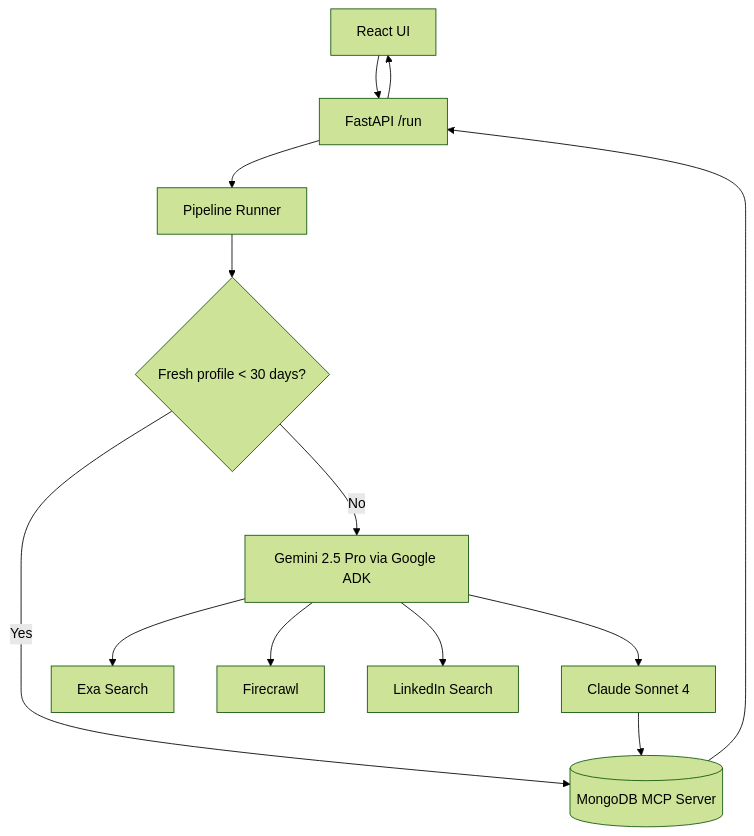
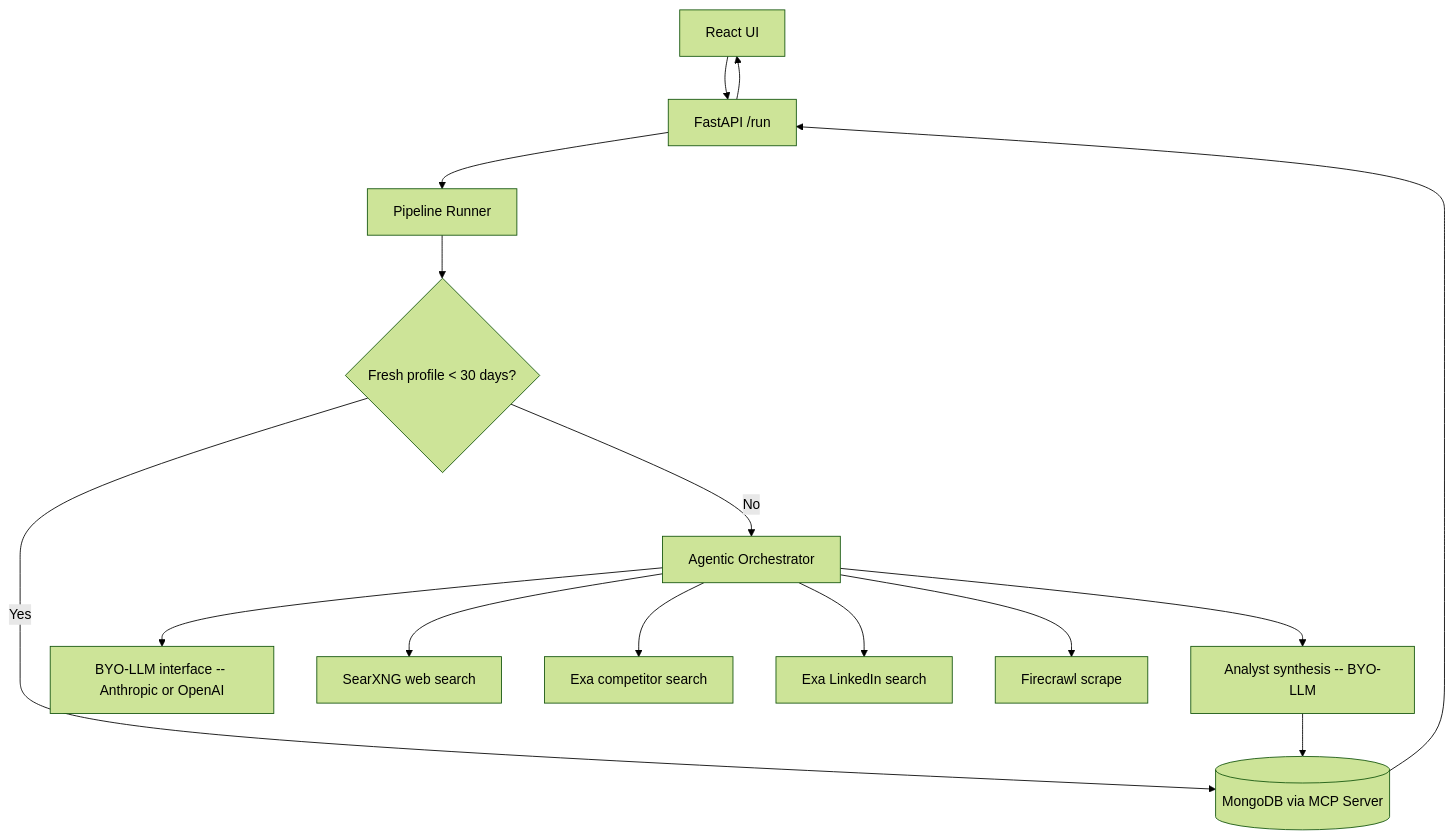
Before and after one commit to sanjayy0612/Intel-box: the diagram in docs/architecture.md, drawn with Mermaid (forest theme). The commit also changed other lines of this file and 7 other files, not shown here.

Commit message:
Update environment configuration and enhance BYO-LLM support: add GROQ_API_KEY, update README and architecture documentation, and implement Groq adapter for LLM interface.

````diff
--- a/docs/architecture.md
+++ b/docs/architecture.md
@@ -3,15 +3,17 @@
 ```mermaid
 flowchart TD
     UI[React UI] --> API[FastAPI /run]
     API --> Runner[Pipeline Runner]
     Runner --> Cache{Fresh profile < 30 days?}
-    Cache -->|Yes| Mongo[(MongoDB MCP Server)]
-    Cache -->|No| Orchestrator[Gemini 2.5 Pro via Google ADK]
-    Orchestrator --> Search[Exa Search]
-    Orchestrator --> Scrape[Firecrawl]
-    Orchestrator --> People[LinkedIn Search]
-    Orchestrator --> Claude[Claude Sonnet 4]
-    Claude --> Mongo
+    Cache -->|Yes| Mongo[(MongoDB via MCP Server)]
+    Cache -->|No| Orchestrator[Agentic Orchestrator]
+    Orchestrator --> LLM[BYO-LLM interface -- Anthropic or OpenAI]
+    Orchestrator --> Search[SearXNG web search]
+    Orchestrator --> Competitors[Exa competitor search]
+    Orchestrator --> People[Exa LinkedIn search]
+    Orchestrator --> Scrape[Firecrawl scrape]
+    Orchestrator --> Analyst[Analyst synthesis -- BYO-LLM]
+    Analyst --> Mongo
     Mongo --> API
     API --> UI
 ```
````
